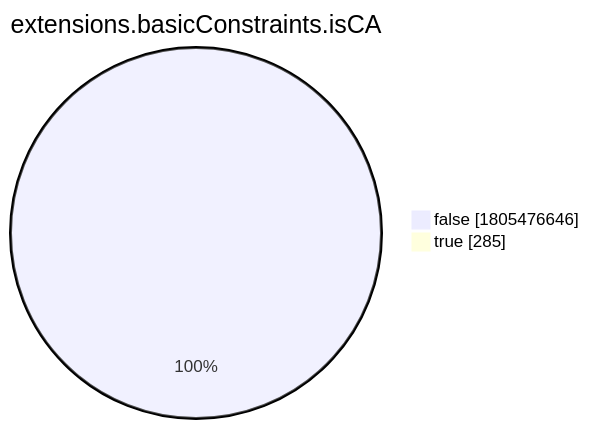
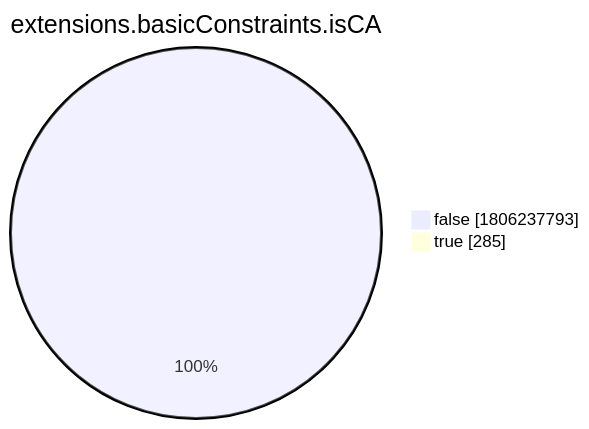
Before and after one commit to christiankrug/ctmonitor_visualization: the eighth of 15 diagrams in xenon2022/README.md, drawn with Mermaid. The commit also changed other lines of this file, not shown here.

````diff
--- a/xenon2022/README.md
+++ b/xenon2022/README.md
@@ -2868,6 +2868,6 @@
 ```mermaid
 pie showData
 title extensions.basicConstraints.isCA
-"false" :1805476646
+"false" :1806237793
 "true" :285
 ```
````
